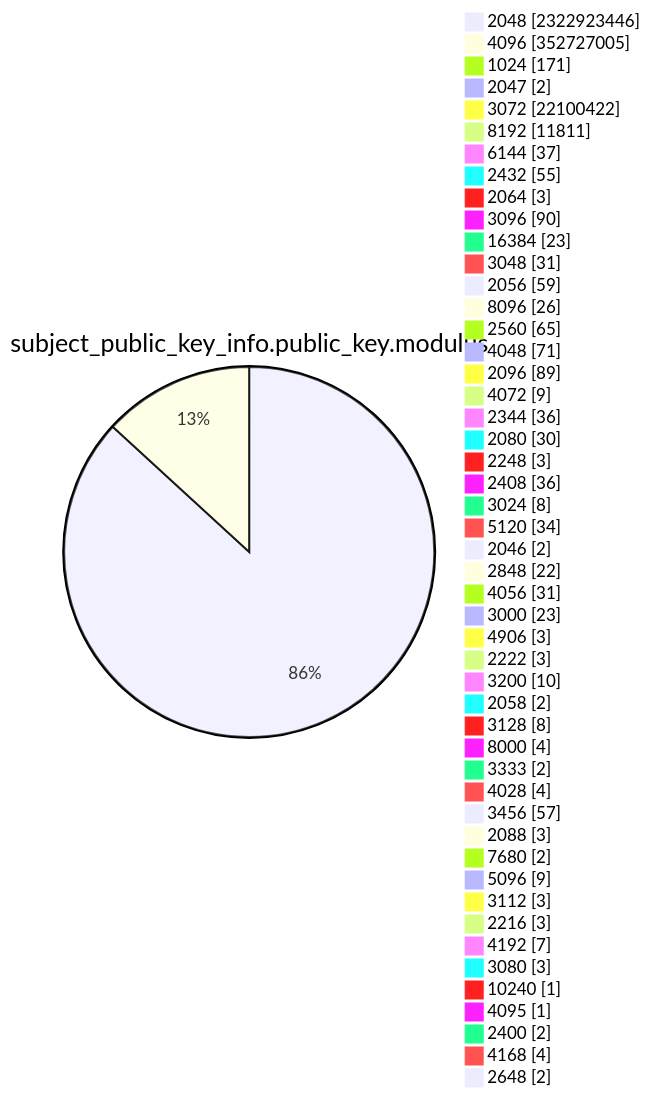
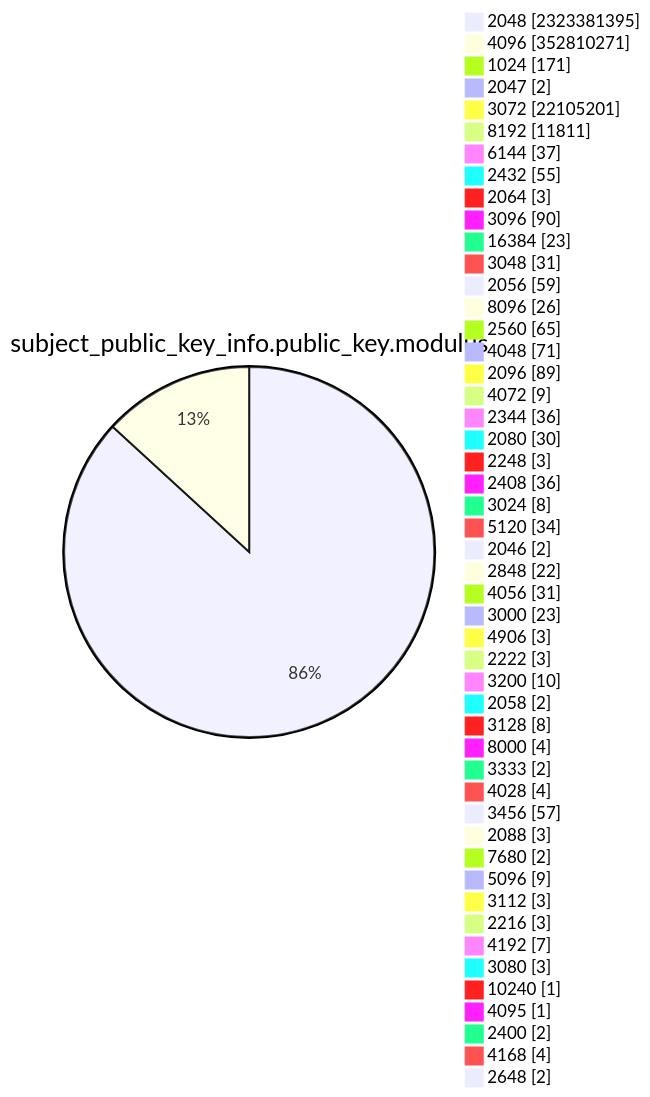
Diagram 13 of 15 in TOTAL/README.md (christiankrug/ctmonitor_visualization), drawn with Mermaid before and after one commit. The commit also changed other lines of this file, not shown here.

````diff
--- a/TOTAL/README.md
+++ b/TOTAL/README.md
@@ -4167,53 +4167,53 @@
 ```mermaid
 pie showData
 title subject_public_key_info.public_key.modulus
-"2048" :2322923446
-"4096" :352727005
+"2048" :2323381395
+"4096" :352810271
 "1024" :171
 "2047" :2
-"3072" :22100422
+"3072" :22105201
 "8192" :11811
 "6144" :37
 "2432" :55
 "2064" :3
 "3096" :90
 "16384" :23
 "3048" :31
 "2056" :59
 "8096" :26
 "2560" :65
 "4048" :71
 "2096" :89
 "4072" :9
 "2344" :36
 "2080" :30
 "2248" :3
 "2408" :36
 "3024" :8
 "5120" :34
 "2046" :2
 "2848" :22
 "4056" :31
 "3000" :23
 "4906" :3
 "2222" :3
 "3200" :10
 "2058" :2
 "3128" :8
 "8000" :4
 "3333" :2
 "4028" :4
 "3456" :57
 "2088" :3
 "7680" :2
 "5096" :9
 "3112" :3
 "2216" :3
 "4192" :7
 "3080" :3
 "10240" :1
 "4095" :1
 "2400" :2
 "4168" :4
 "2648" :2
 ```
````
